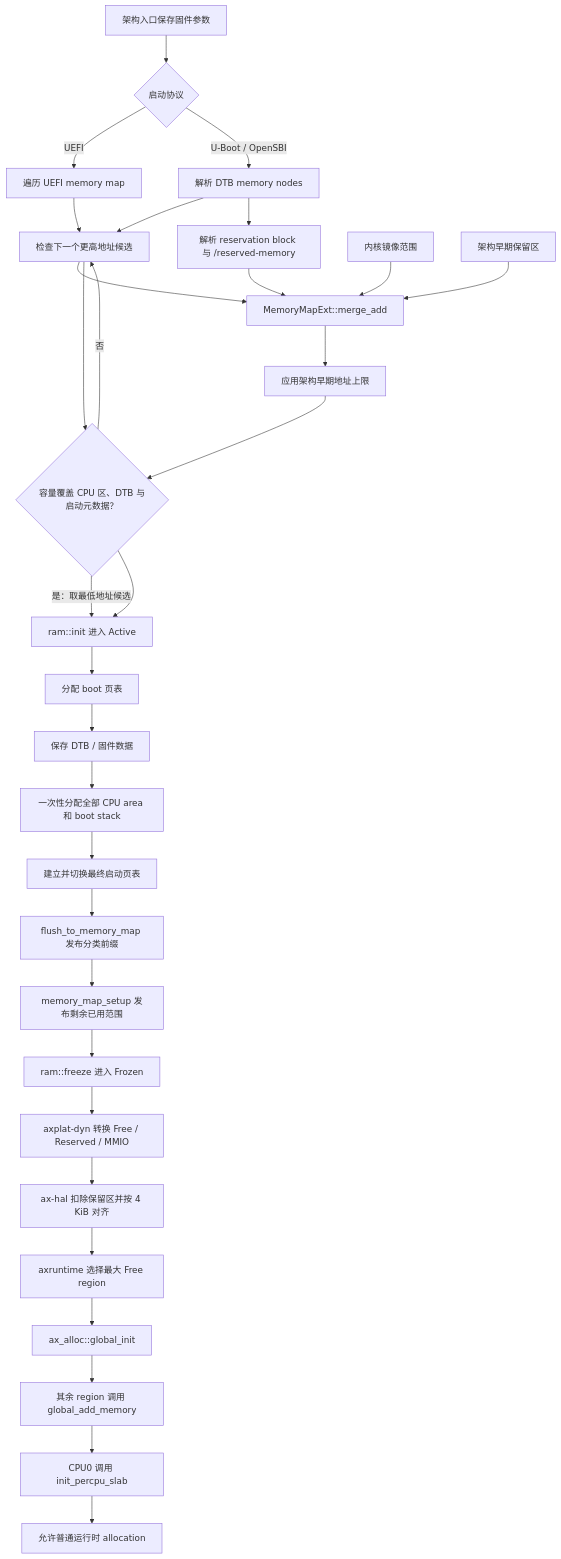
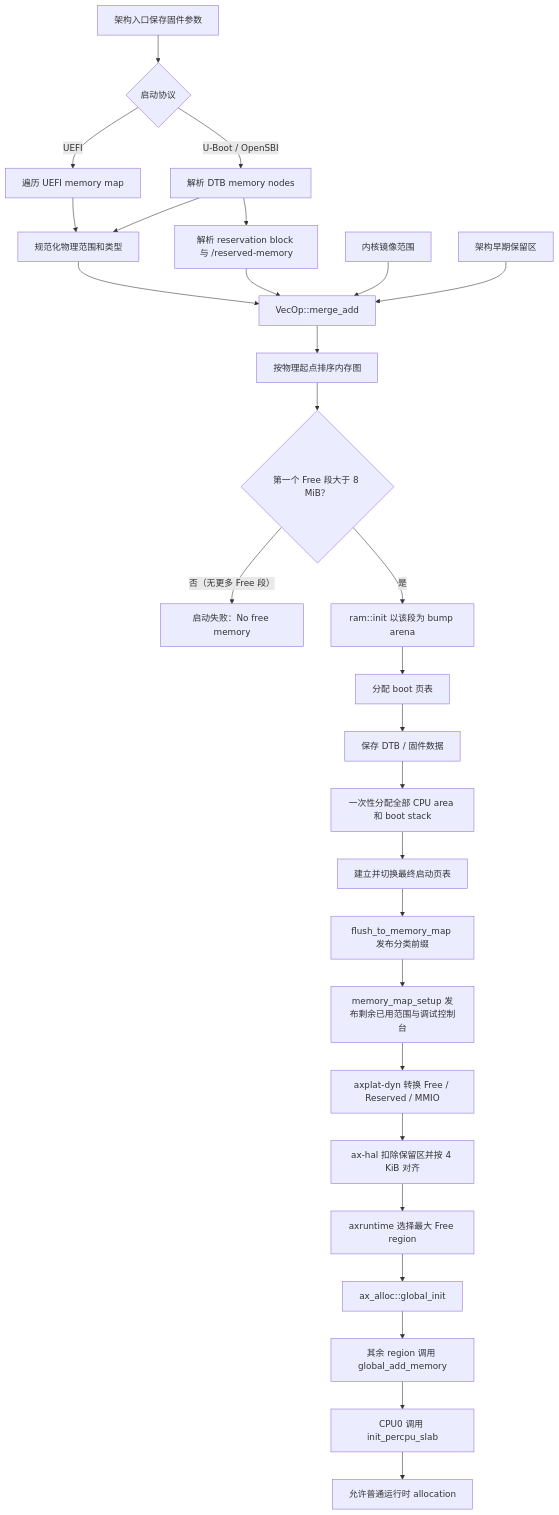
The first of 4 diagrams in docs/docs/architecture/memory/boot-memory.md (rcore-os/tgoskits), drawn with Mermaid before and after one commit. The commit also changed other lines of this file and 13 other files, not shown here.

Commit message:
docs(memory): align architecture docs with actual implementation

````diff
--- a/docs/docs/architecture/memory/boot-memory.md
+++ b/docs/docs/architecture/memory/boot-memory.md
@@ -51,33 +51,30 @@
 ```mermaid
 flowchart TD
     E["架构入口保存固件参数"] --> I{"启动协议"}
     I -->|"UEFI"| U["遍历 UEFI memory map"]
     I -->|"U-Boot / OpenSBI"| F["解析 DTB memory nodes"]
     U --> N["规范化物理范围和类型"]
     F --> N
     F --> R["解析 reservation block 与 /reserved-memory"]
-    N --> M["MemoryMapExt::merge_add"]
+    N --> M["VecOp::merge_add"]
     R --> M
     K["内核镜像范围"] --> M
     A["架构早期保留区"] --> M
-    M --> C["应用架构早期地址上限"]
-    C --> L{"容量覆盖 CPU 区、DTB 与启动元数据？"}
-    L -->|"否"| N["检查下一个更高地址候选"]
-    N --> L
-    L -->|"是：取最低地址候选"| B["ram::init 进入 Active"]
-    L --> B
+    M --> S["按物理起点排序内存图"]
+    S --> L{"第一个 Free 段大于 8 MiB？"}
+    L -->|"否（无更多 Free 段）"| PANIC["启动失败：No free memory"]
+    L -->|"是"| B["ram::init 以该段为 bump arena"]
     B --> P["分配 boot 页表"]
     P --> D["保存 DTB / 固件数据"]
-    D --> S["一次性分配全部 CPU area 和 boot stack"]
-    S --> Q["建立并切换最终启动页表"]
+    D --> S2["一次性分配全部 CPU area 和 boot stack"]
+    S2 --> Q["建立并切换最终启动页表"]
     Q --> X["flush_to_memory_map 发布分类前缀"]
-    X --> Z["memory_map_setup 发布剩余已用范围"]
-    Z --> FR["ram::freeze 进入 Frozen"]
-    FR --> PL["axplat-dyn 转换 Free / Reserved / MMIO"]
+    X --> Z["memory_map_setup 发布剩余已用范围与调试控制台"]
+    Z --> PL["axplat-dyn 转换 Free / Reserved / MMIO"]
     PL --> H["ax-hal 扣除保留区并按 4 KiB 对齐"]
     H --> G["axruntime 选择最大 Free region"]
     G --> GI["ax_alloc::global_init"]
     GI --> GA["其余 region 调用 global_add_memory"]
     GA --> PS["CPU0 调用 init_percpu_slab"]
     PS --> RUN["允许普通运行时 allocation"]
 ```
````
